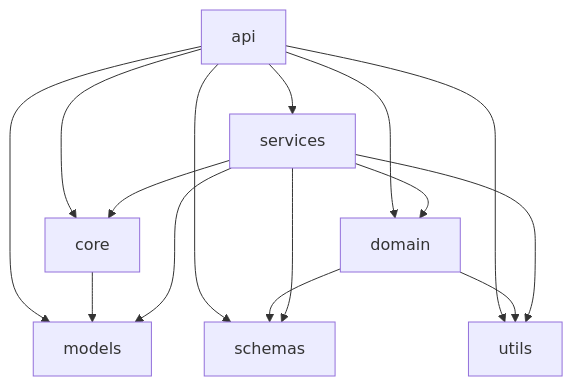
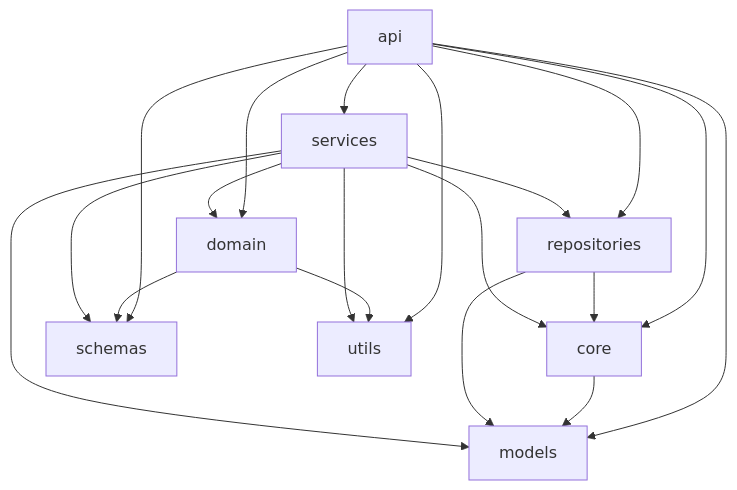
The diagram in backend/docs/ARCHITECTURE.md (chams-eddine/predaiot-platform), drawn with Mermaid before and after one commit. The commit also changed other lines of this file and 12 other files, not shown here.

````diff
--- a/backend/docs/ARCHITECTURE.md
+++ b/backend/docs/ARCHITECTURE.md
@@ -7,17 +7,21 @@
 ```mermaid
 graph TD
     api --> core
     api --> domain
     api --> models
+    api --> repositories
     api --> schemas
     api --> services
     api --> utils
     core --> models
     domain --> schemas
     domain --> utils
+    repositories --> core
+    repositories --> models
     services --> core
     services --> domain
     services --> models
+    services --> repositories
     services --> schemas
     services --> utils
 ```
````
